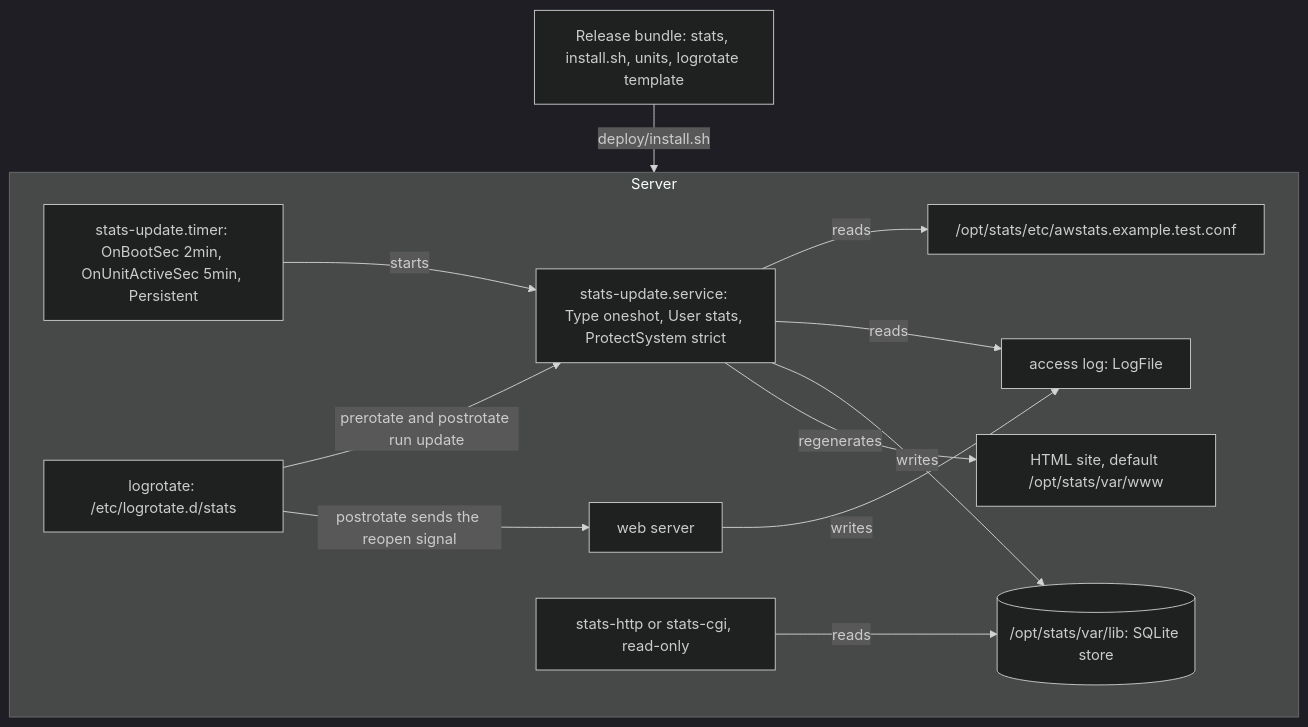
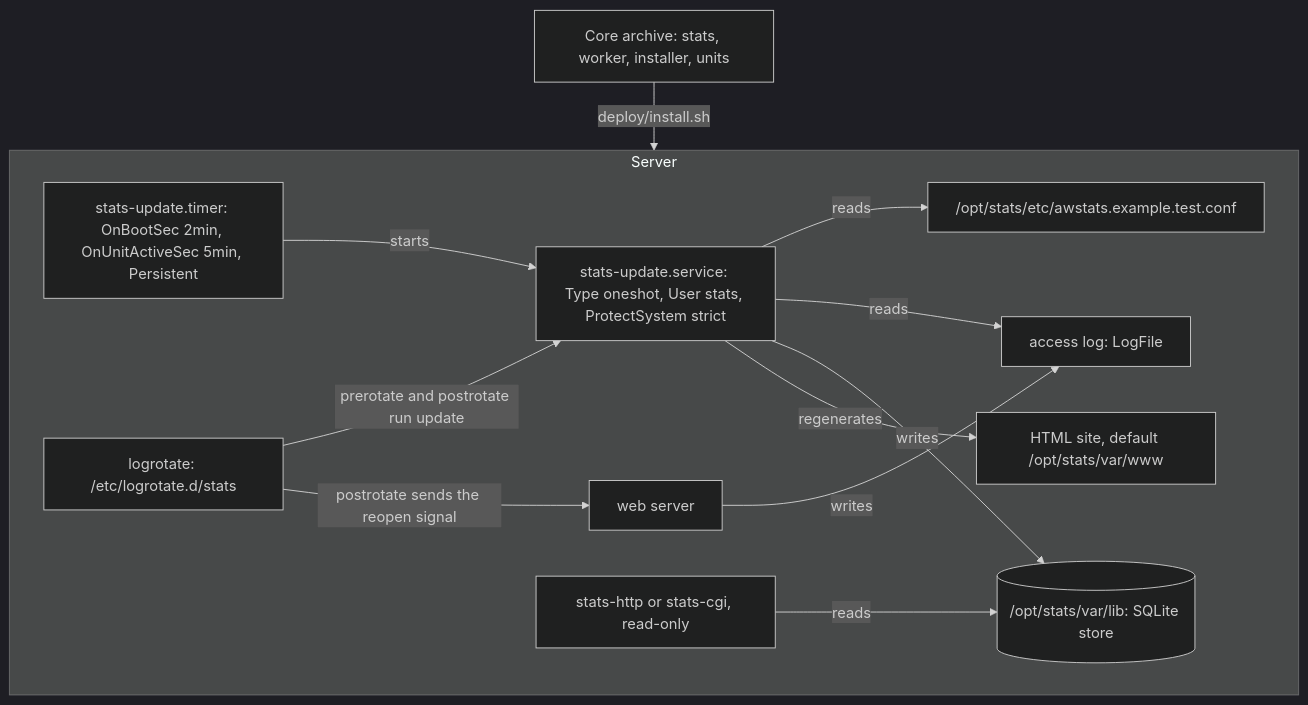
One commit to avkghost/stats changed the diagram in docs/deployment.md. Above: the diagram before and after it, drawn with Mermaid (dark theme). The commit also changed other lines of this file and 5 other files, not shown here.

````diff
--- a/docs/deployment.md
+++ b/docs/deployment.md
@@ -158,24 +159,24 @@
 ```mermaid
 flowchart TB
-    bundle["Release bundle: stats, install.sh, units, logrotate template"] -->|deploy/install.sh| host
+    bundle["Core archive: stats, worker, installer, units"] -->|deploy/install.sh| host
     subgraph host["Server"]
         timer["stats-update.timer: OnBootSec 2min, OnUnitActiveSec 5min, Persistent"]
         service["stats-update.service: Type oneshot, User stats, ProtectSystem strict"]
         cfg["/opt/stats/etc/awstats.example.test.conf"]
         db[("/opt/stats/var/lib: SQLite store")]
         site["HTML site, default /opt/stats/var/www"]
         web["web server"]
         log["access log: LogFile"]
         logrotate["logrotate: /etc/logrotate.d/stats"]
         frontends["stats-http or stats-cgi, read-only"]
     end
     timer -->|starts| service
     service -->|reads| cfg
     service -->|reads| log
     service -->|writes| db
     service -->|regenerates| site
     web -->|writes| log
     logrotate -->|prerotate and postrotate run update| service
     logrotate -->|postrotate sends the reopen signal| web
     frontends -->|reads| db
 ```
````
